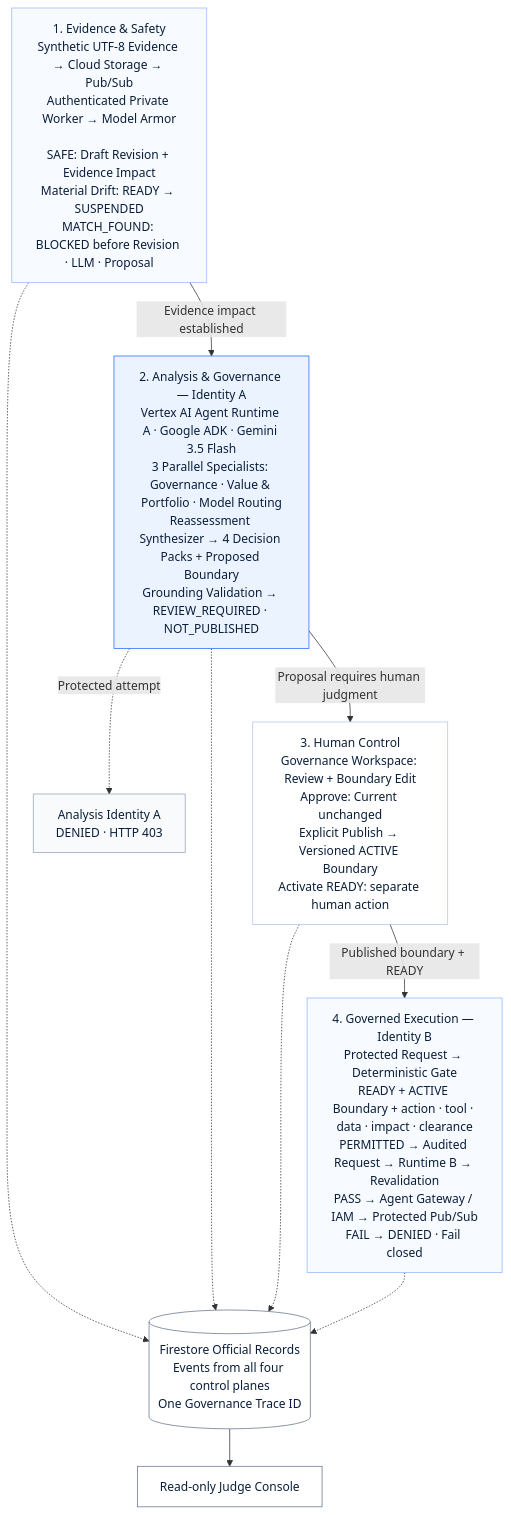
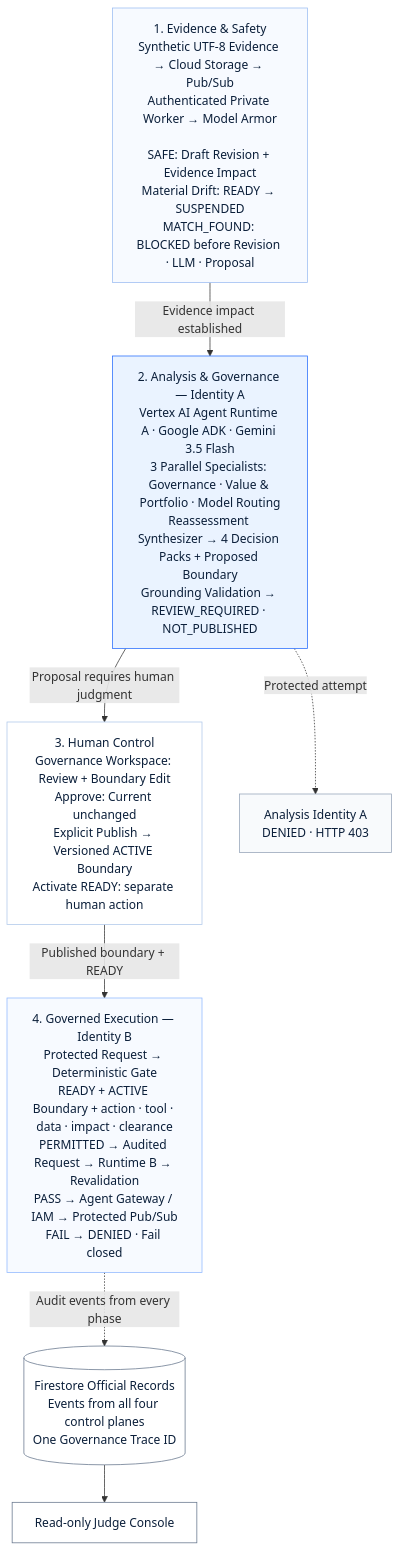
Before and after one commit to solidfdn/readinessops-agent-fleet-governance: the diagram in README.md, drawn with Mermaid. The commit also changed 1 other file, not shown here.

Commit message:
Tighten Mermaid architecture layout

````diff
--- a/README.md
+++ b/README.md
@@ -229,38 +229,35 @@
 ```mermaid
 flowchart TB
   E["1. Evidence & Safety<br/>Synthetic UTF-8 Evidence → Cloud Storage → Pub/Sub<br/>Authenticated Private Worker → Model Armor<br/><br/>SAFE: Draft Revision + Evidence Impact<br/>Material Drift: READY → SUSPENDED<br/>MATCH_FOUND: BLOCKED before Revision · LLM · Proposal"]
 
   A["2. Analysis & Governance — Identity A<br/>Vertex AI Agent Runtime A · Google ADK · Gemini 3.5 Flash<br/>3 Parallel Specialists: Governance · Value & Portfolio · Model Routing<br/>Reassessment Synthesizer → 4 Decision Packs + Proposed Boundary<br/>Grounding Validation → REVIEW_REQUIRED · NOT_PUBLISHED"]
 
   H["3. Human Control<br/>Governance Workspace: Review + Boundary Edit<br/>Approve: Current unchanged<br/>Explicit Publish → Versioned ACTIVE Boundary<br/>Activate READY: separate human action"]
 
   X["4. Governed Execution — Identity B<br/>Protected Request → Deterministic Gate<br/>READY + ACTIVE Boundary + action · tool · data · impact · clearance<br/>PERMITTED → Audited Request → Runtime B → Revalidation<br/>PASS → Agent Gateway / IAM → Protected Pub/Sub<br/>FAIL → DENIED · Fail closed"]
 
   E -->|Evidence impact established| A
   A -->|Proposal requires human judgment| H
   H -->|Published boundary + READY| X
   A -.->|Protected attempt| IAD["Analysis Identity A<br/>DENIED · HTTP 403"]
 
   FS[("Firestore Official Records<br/>Events from all four control planes<br/>One Governance Trace ID")]
   JUDGE["Read-only Judge Console"]
 
-  E -.-> FS
-  A -.-> FS
-  H -.-> FS
-  X -.-> FS
+  X -.->|Audit events from every phase| FS
   FS --> JUDGE
 
   classDef security fill:#F7FAFF,stroke:#9ABCF2,color:#0B1F3A;
   classDef blocked fill:#F8FAFC,stroke:#94A3B8,color:#0B1F3A;
   classDef governance fill:#EAF3FF,stroke:#246BFD,color:#0B1F3A;
   classDef human fill:#FFFFFF,stroke:#AFC7EA,color:#0B1F3A;
   classDef execution fill:#F7FAFF,stroke:#8FB8FF,color:#0B1F3A;
   classDef record fill:#FFFFFF,stroke:#64748B,color:#0B1F3A;
 
   class E security;
   class IAD blocked;
   class A governance;
   class H human;
   class X execution;
   class FS,JUDGE record;
 ```
````
